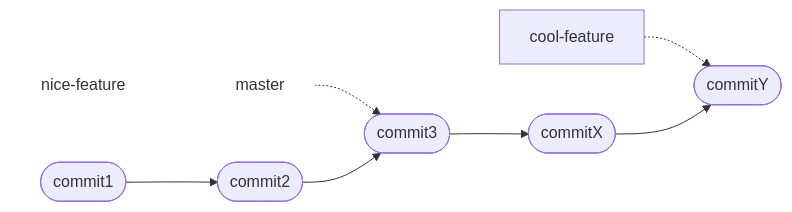
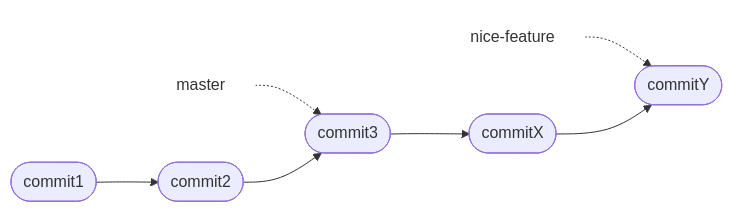
One commit to hpc2n/course-intro-git changed the fourth of 9 diagrams in docs/branches.md. Above: the diagram before and after it, drawn with Mermaid. The commit also changed other lines of this file, not shown here.

````diff
--- a/docs/branches.md
+++ b/docs/branches.md
@@ -352,21 +353,21 @@
 ```mermaid
 graph LR
 
   master["master"]
   style master fill:#ffffff,stroke:#ffffff
   nice-feature["nice-feature"]
   style nice-feature fill:#ffffff,stroke:#ffffff
 
   commit1(["commit1"])
   commit2(["commit2"])
   commit3(["commit3"])
   commitX(["commitX"])
   commitY(["commitY"])
 
   master -.-> commit3
-  cool-feature -.-> commitY
+  nice-feature -.-> commitY
   commit1 --> commit2
   commit2 --> commit3
   commit3 --> commitX
   commitX --> commitY
 ```
````
